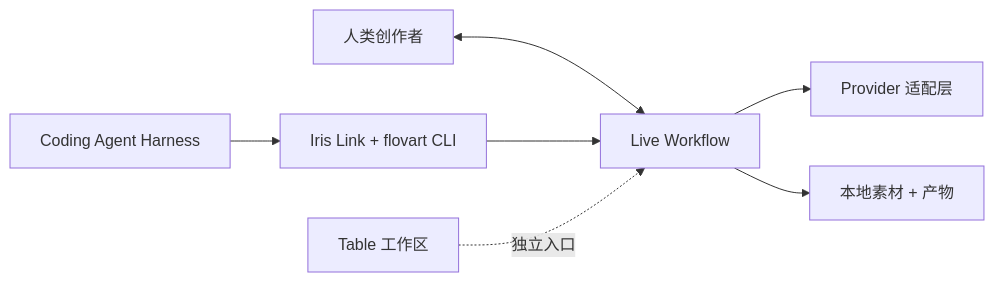
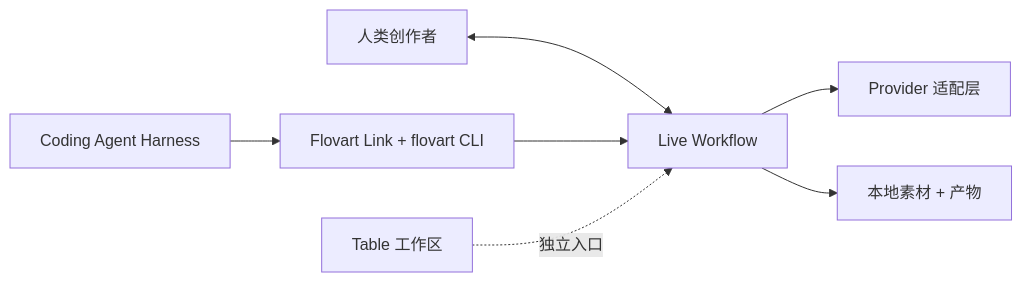
The diagram in README.zh-CN.md (avabbbb/Flovart), drawn with Mermaid before and after one commit. The commit also changed other lines of this file and 116 other files, not shown here.

````diff
--- a/README.zh-CN.md
+++ b/README.zh-CN.md
@@ -348,9 +354,9 @@
 ```mermaid
 flowchart LR
   H["人类创作者"] <--> W["Live Workflow"]
-  A["Coding Agent Harness"] --> L["Iris Link + flovart CLI"]
+  A["Coding Agent Harness"] --> L["Flovart Link + flovart CLI"]
   L --> W
   W --> P["Provider 适配层"]
   W --> R["本地素材 + 产物"]
   T["Table 工作区"] -. 独立入口 .-> W
 ```
````
